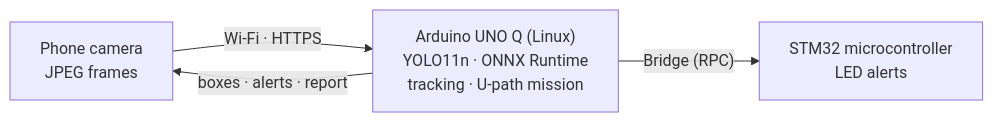
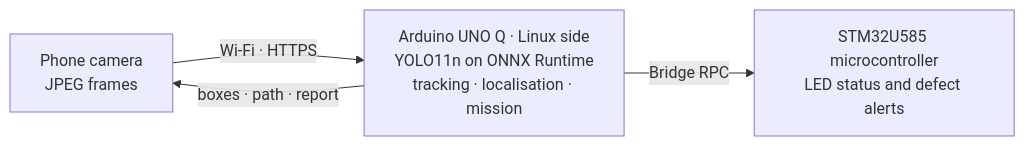
Before and after one commit to YazidBenmchich/HackTORINO: the diagram in README.md, drawn with Mermaid. The commit also changed other lines of this file and 124 other files, not shown here.

````diff
--- a/README.md
+++ b/README.md
@@ -109,6 +21,6 @@
 ```mermaid
 flowchart LR
-    P["Phone camera<br/>JPEG frames"] -- "Wi-Fi · HTTPS" --> Q["Arduino UNO Q (Linux)<br/>YOLO11n · ONNX Runtime<br/>tracking · U-path mission"]
-    Q -- "boxes · alerts · report" --> P
-    Q -- "Bridge (RPC)" --> M["STM32 microcontroller<br/>LED alerts"]
+    P["Phone camera<br/>JPEG frames"] -- "Wi-Fi · HTTPS" --> Q["Arduino UNO Q · Linux side<br/>YOLO11n on ONNX Runtime<br/>tracking · localisation · mission"]
+    Q -- "boxes · path · report" --> P
+    Q -- "Bridge RPC" --> M["STM32U585 microcontroller<br/>LED status and defect alerts"]
 ```
````
